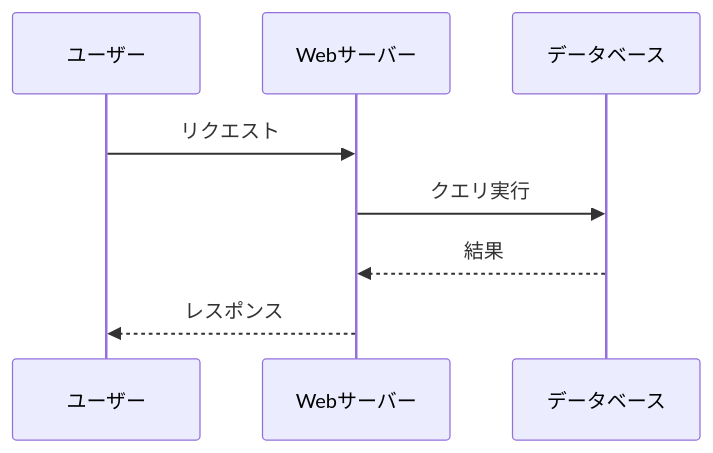
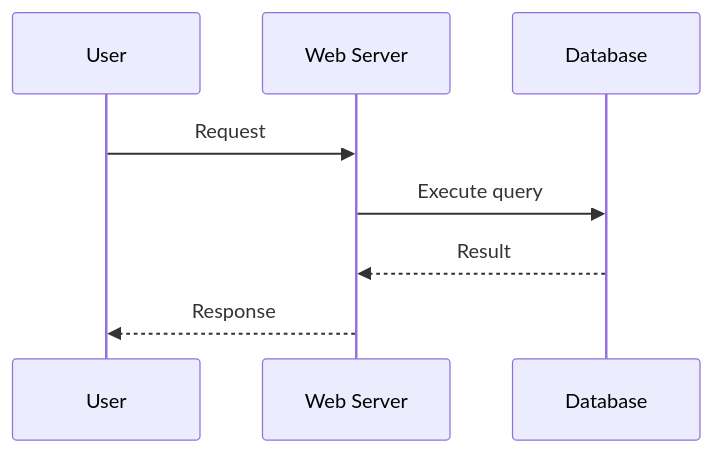
Before and after one commit to aToy0m0/skills: the fourth of 6 diagrams in generate-docs/TEMPLATES.md, drawn with Mermaid. The commit also changed other lines of this file and 5 other files, not shown here.

````diff
--- a/generate-docs/TEMPLATES.md
+++ b/generate-docs/TEMPLATES.md
@@ -107,11 +107,11 @@
 ```mermaid
 sequenceDiagram
-    participant U as ユーザー
-    participant W as Webサーバー
-    participant DB as データベース
+    participant U as User
+    participant W as Web Server
+    participant DB as Database
 
-    U->>W: リクエスト
-    W->>DB: クエリ実行
-    DB-->>W: 結果
-    W-->>U: レスポンス
+    U->>W: Request
+    W->>DB: Execute query
+    DB-->>W: Result
+    W-->>U: Response
 ```
````
